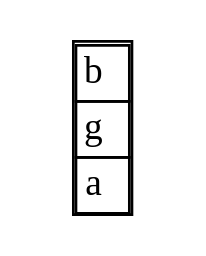
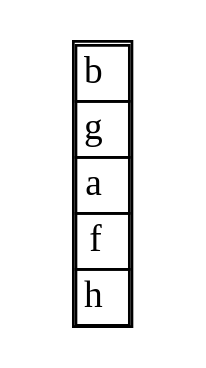
The diagram in build/classes/Imagenes/b0.dot (oscarc99/EDD_DIC_2019_PY2_201709140-), drawn with Graphviz before and after one commit. The commit also changed 183 other files, not shown here.

```diff
--- a/build/classes/Imagenes/b0.dot
+++ b/build/classes/Imagenes/b0.dot
@@ -1,10 +1,14 @@
 digraph G { 
   node [shape = name]; 
   2[label=  <<table border= "1 " cellspacing= " 0 "><tr> 
 <td> b</td> </tr> 
 <tr> 
 <td> g</td> </tr> 
 <tr> 
 <td> a</td> </tr> 
+<tr> 
+<td> f</td> </tr> 
+<tr> 
+<td> h</td> </tr> 
 </table>>  shape = none ]; 
  }
```
